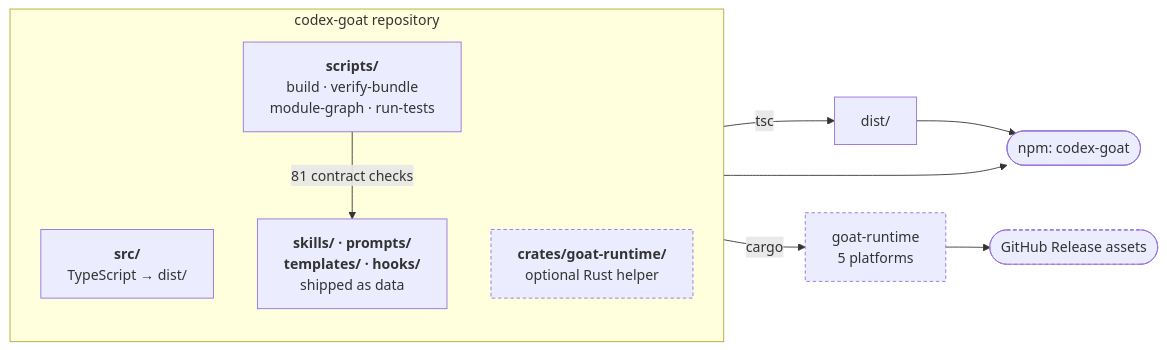
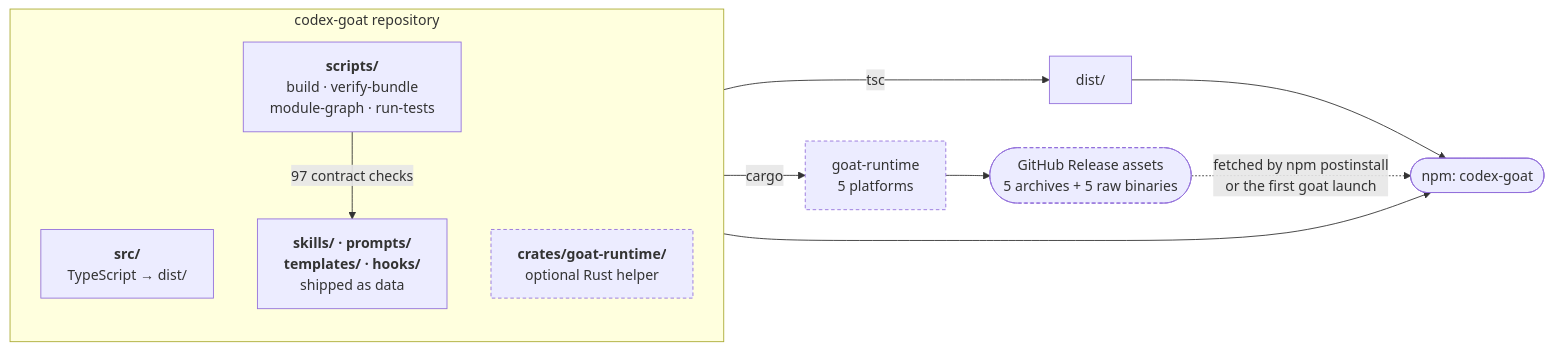
Before and after one commit to hypnguyen1209/codex-goat: the seventh of 8 diagrams in README.md, drawn with Mermaid. The commit also changed other lines of this file, not shown here.

````diff
--- a/README.md
+++ b/README.md
@@ -437,20 +439,21 @@
 ```mermaid
 flowchart LR
     subgraph repo["codex-goat repository"]
         direction TB
         src["<b>src/</b><br/>TypeScript → dist/"]
         crates["<b>crates/goat-runtime/</b><br/>optional Rust helper"]
         assets["<b>skills/ · prompts/</b><br/><b>templates/ · hooks/</b><br/>shipped as data"]
         scripts["<b>scripts/</b><br/>build · verify-bundle<br/>module-graph · run-tests"]
     end
 
     src -->|tsc| dist["dist/"]
     crates -->|cargo| bin["goat-runtime<br/>5 platforms"]
-    scripts -->|"81 contract checks"| assets
+    scripts -->|"97 contract checks"| assets
     dist --> pkg(["npm: codex-goat"])
     assets --> pkg
-    bin --> gh(["GitHub Release assets"])
+    bin --> gh(["GitHub Release assets<br/>5 archives + 5 raw binaries"])
+    gh -.->|"fetched by npm postinstall<br/>or the first goat launch"| pkg
 
     classDef opt stroke-dasharray: 4 3
     class crates,bin,gh opt
 ```
````
